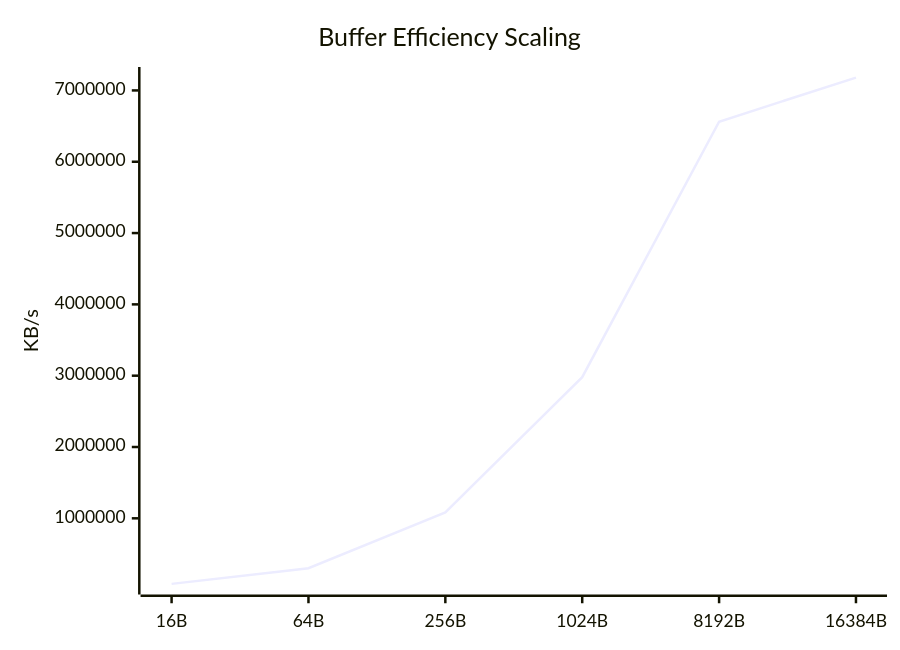
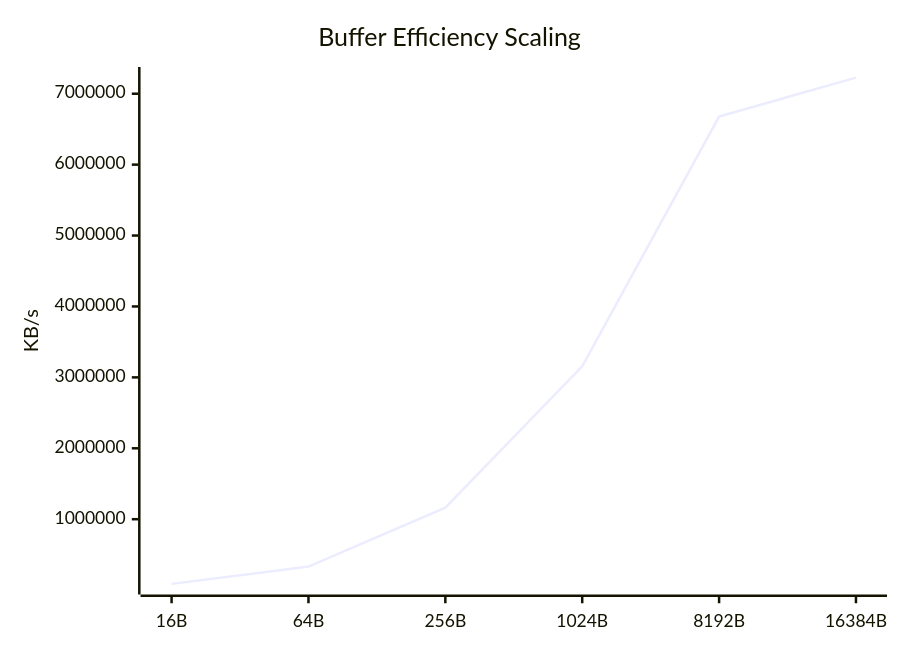
Before and after one commit to taha2samy/openssl_fips: the sixth of 9 diagrams in docs/Comparison_Report.md, drawn with Mermaid. The commit also changed other lines of this file and 2 other files, not shown here.

````diff
--- a/docs/Comparison_Report.md
+++ b/docs/Comparison_Report.md
@@ -102,7 +102,7 @@
 ```mermaid
 xychart-beta
     title "Buffer Efficiency Scaling"
     x-axis [16B, 64B, 256B, 1024B, 8192B, 16384B]
     y-axis "KB/s"
-    line [80728.62, 300748.93, 1082218.24, 2979429.89, 6561656.83, 7179509.76]
+    line [88103.68, 331516.29, 1163165.8, 3155495.42, 6677968.49, 7226982.4]
 ```
````
